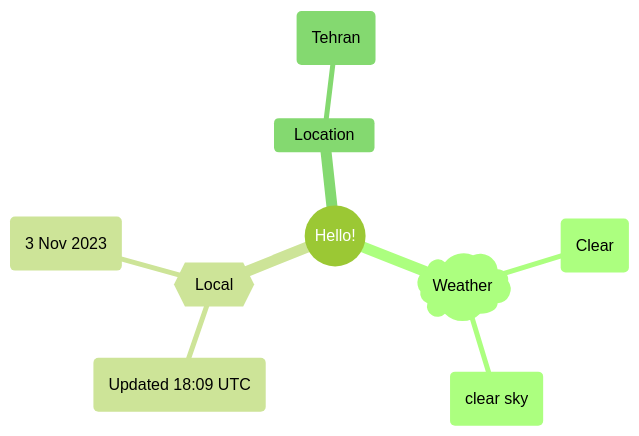
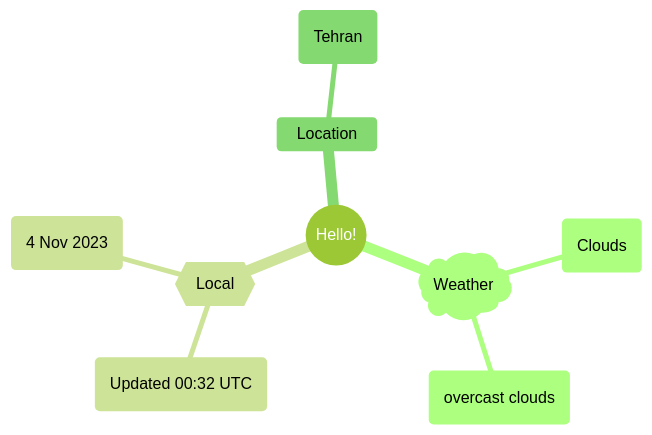
One commit to Xosrov/Xosrov changed the first of 2 diagrams in README.md. Above: the diagram before and after it, drawn with Mermaid (forest theme).

Commit message:
[bot] updated images

````diff
--- a/README.md
+++ b/README.md
@@ -3,12 +3,12 @@
 ```mermaid
 mindmap
   root((Hello!))
     )Weather(
-        (Clear)
-        (clear sky)
+        (Clouds)
+        (overcast clouds)
     {{Local}}
-        (Updated 18:09 UTC)
-        (3 Nov 2023)
+        (Updated 00:32 UTC)
+        (4 Nov 2023)
     Location
         (Tehran)
 ```
````
